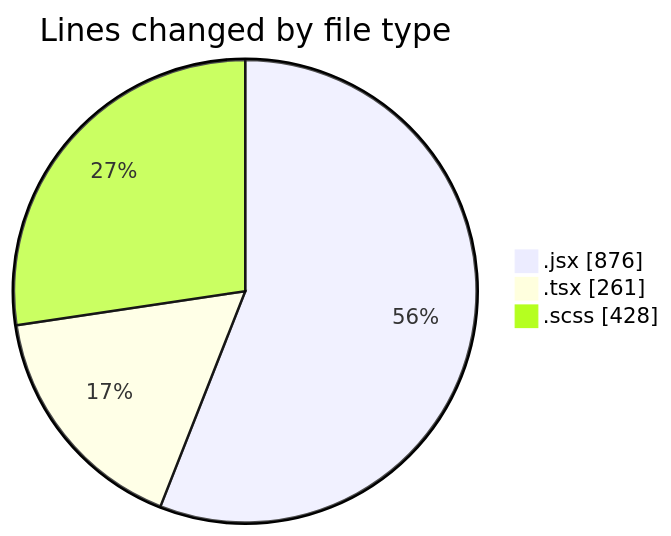
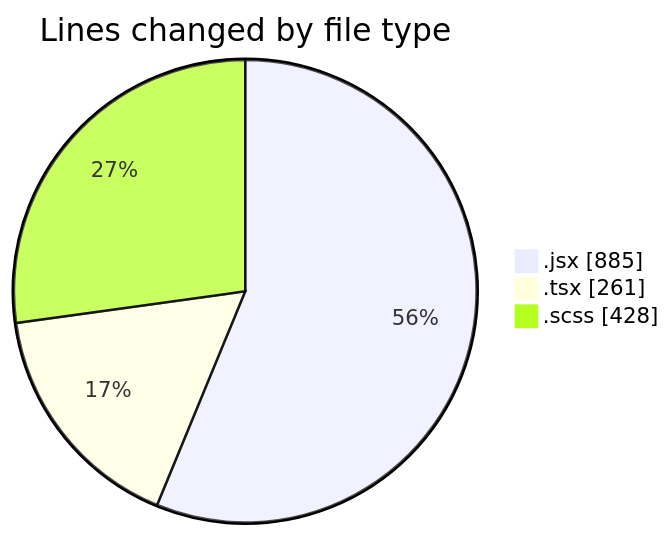
One commit to momahboobian/code-tracking changed the first of 2 diagrams in 2026-02-11/cda/README.md. Above: the diagram before and after it, drawn with Mermaid. The commit also changed other lines of this file and 1 other file, not shown here.

````diff
--- a/2026-02-11/cda/README.md
+++ b/2026-02-11/cda/README.md
@@ -26,7 +26,7 @@
 ```mermaid
 pie showData
 title Lines changed by file type
-".jsx" : 876
+".jsx" : 885
 ".tsx" : 261
 ".scss" : 428
 ```
````
